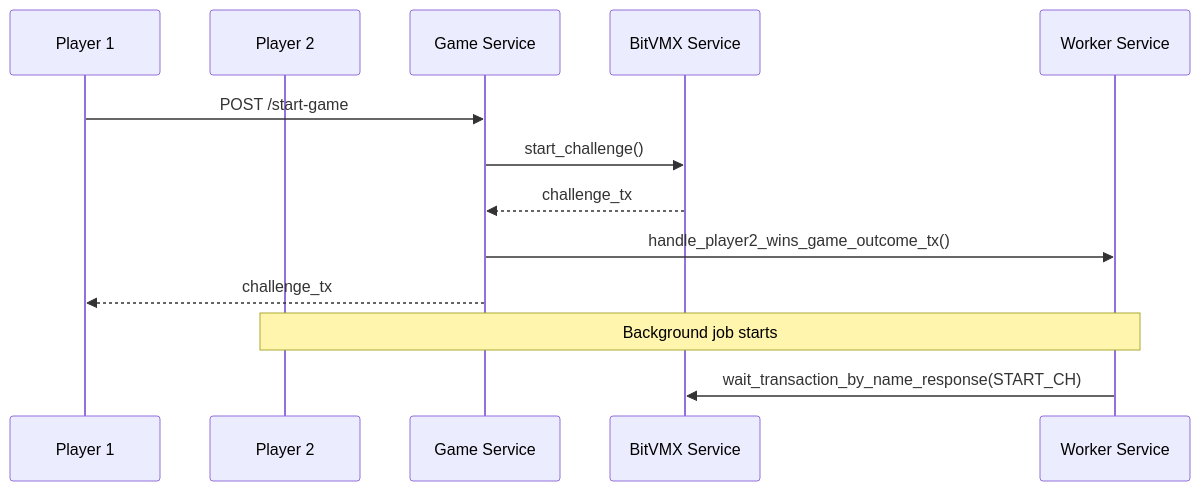
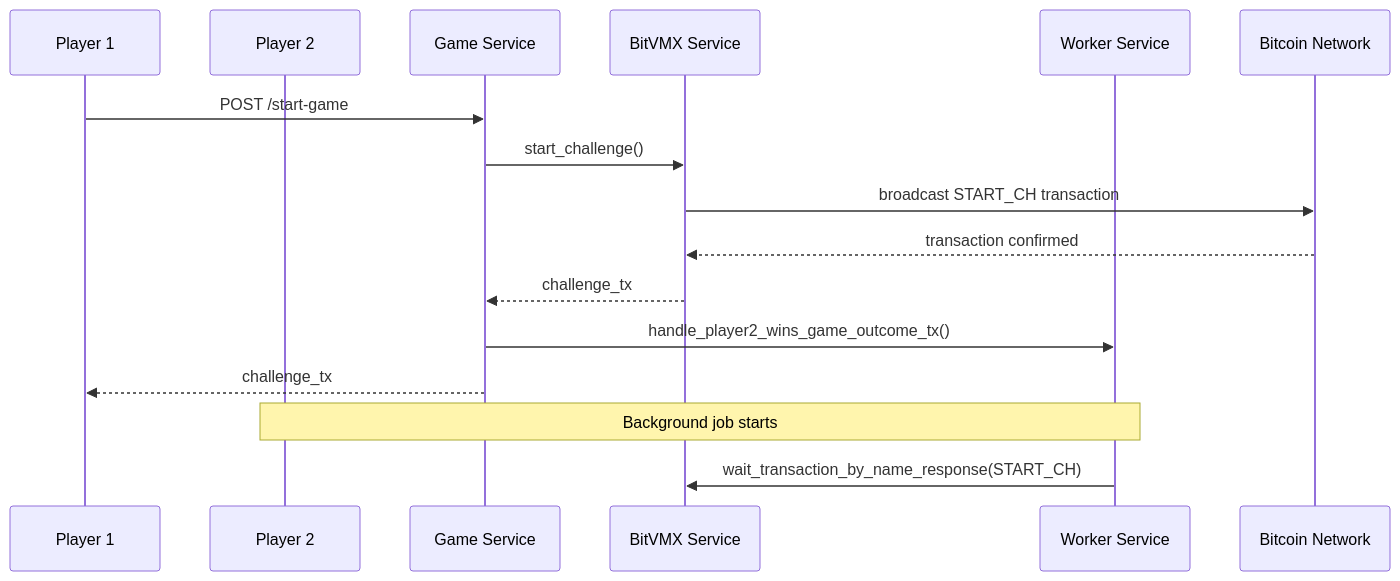
The fifth of 7 diagrams in GAME_FLOW.md (FairgateLabs/bitvmx-hackathon-games), drawn with Mermaid before and after one commit. The commit also changed other lines of this file and 4 other files, not shown here.

````diff
--- a/GAME_FLOW.md
+++ b/GAME_FLOW.md
@@ -195,17 +221,20 @@
 ```mermaid
 sequenceDiagram
     participant P1 as Player 1
     participant P2 as Player 2
     participant Game as Game Service
     participant BitVMX as BitVMX Service
     participant Worker as Worker Service
+    participant Bitcoin as Bitcoin Network
     
     P1->>Game: POST /start-game
     Game->>BitVMX: start_challenge()
+    BitVMX->>Bitcoin: broadcast START_CH transaction
+    Bitcoin-->>BitVMX: transaction confirmed
     BitVMX-->>Game: challenge_tx
     Game->>Worker: handle_player2_wins_game_outcome_tx()
     Game-->>P1: challenge_tx
     
     Note over P2,Worker: Background job starts
     Worker->>BitVMX: wait_transaction_by_name_response(START_CH)
 ```
````
